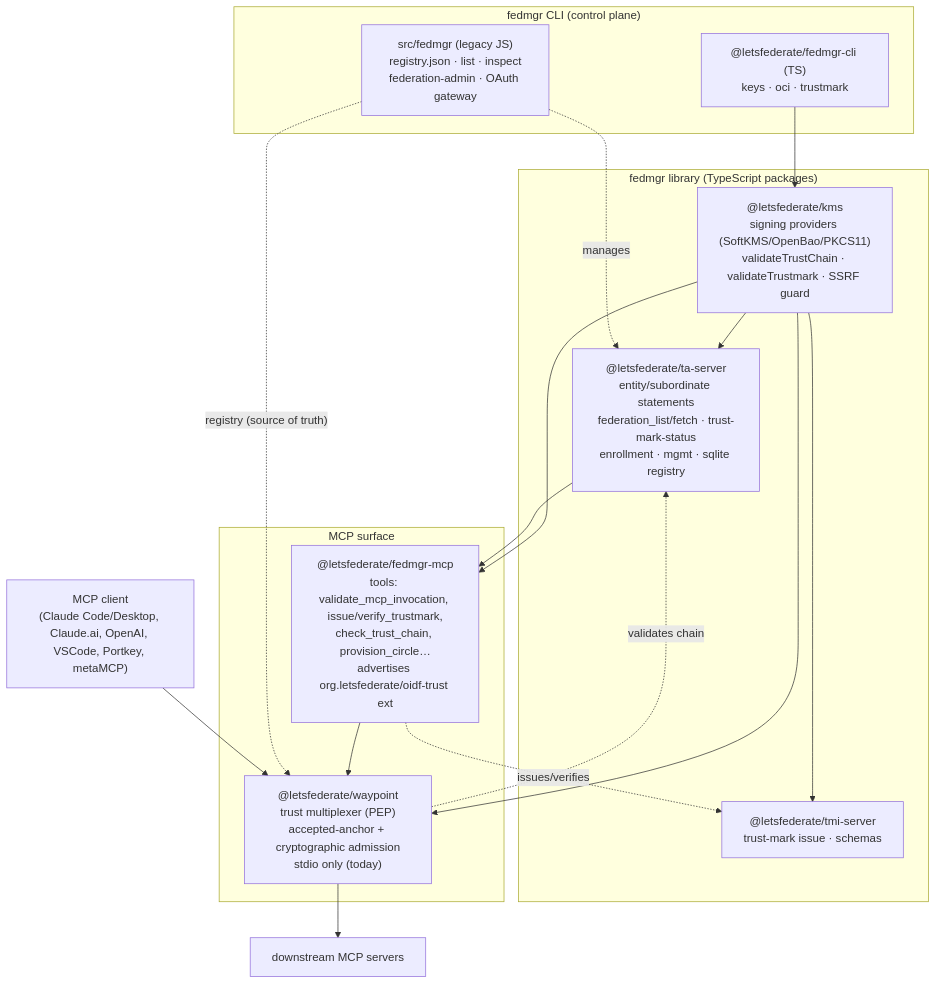
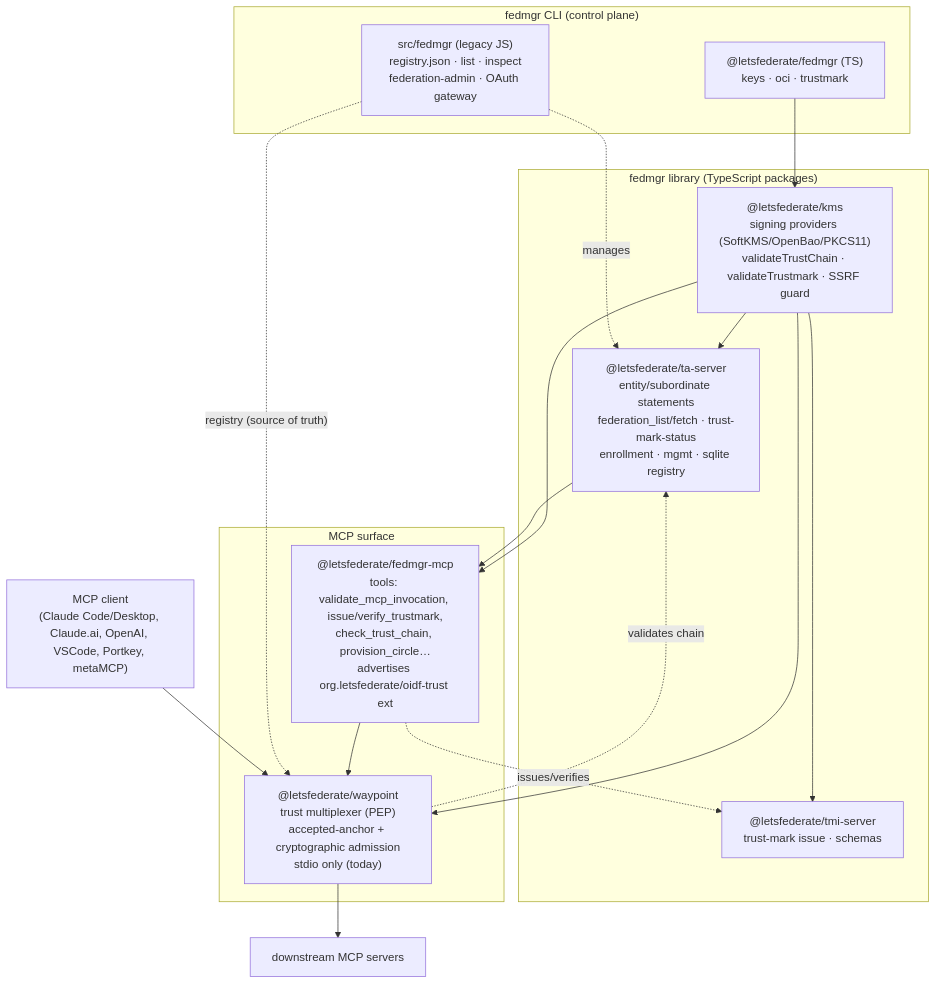
Before and after one commit to teamktown/fedmgr: the first of 5 diagrams in docs/architecture/trust-fabric-architecture.md, drawn with Mermaid. The commit also changed other lines of this file and 26 other files, not shown here.

First line of the commit message:
refactor!: rename @letsfederate/fedmgr-cli -> @letsfederate/fedmgr

````diff
--- a/docs/architecture/trust-fabric-architecture.md
+++ b/docs/architecture/trust-fabric-architecture.md
@@ -45,35 +45,35 @@
 ```mermaid
 flowchart TB
   subgraph lib["fedmgr library (TypeScript packages)"]
     kms["@letsfederate/kms<br/>signing providers (SoftKMS/OpenBao/PKCS11)<br/>validateTrustChain · validateTrustmark · SSRF guard"]
     ta["@letsfederate/ta-server<br/>entity/subordinate statements<br/>federation_list/fetch · trust-mark-status<br/>enrollment · mgmt · sqlite registry"]
     tmi["@letsfederate/tmi-server<br/>trust-mark issue · schemas"]
   end
 
   subgraph cli["fedmgr CLI (control plane)"]
-    cliTs["@letsfederate/fedmgr-cli (TS)<br/>keys · oci · trustmark"]
+    cliTs["@letsfederate/fedmgr (TS)<br/>keys · oci · trustmark"]
     cliJs["src/fedmgr (legacy JS)<br/>registry.json · list · inspect<br/>federation-admin · OAuth gateway"]
   end
 
   subgraph mcp["MCP surface"]
     fmcp["@letsfederate/fedmgr-mcp<br/>tools: validate_mcp_invocation, issue/verify_trustmark,<br/>check_trust_chain, provision_circle…<br/>advertises org.letsfederate/oidf-trust ext"]
     wp["@letsfederate/waypoint<br/>trust multiplexer (PEP)<br/>accepted-anchor + cryptographic admission<br/>stdio only (today)"]
   end
 
   client["MCP client<br/>(Claude Code/Desktop, Claude.ai, OpenAI, VSCode, Portkey, metaMCP)"]
   down["downstream MCP servers"]
 
   kms --> ta
   kms --> tmi
   kms --> fmcp
   ta --> fmcp
   fmcp --> wp
   kms --> wp
   cliTs --> kms
   cliJs -. manages .-> ta
   cliJs -. registry (source of truth) .-> wp
   client --> wp
   wp --> down
   wp -. validates chain .-> ta
   fmcp -. issues/verifies .-> tmi
 ```
````
